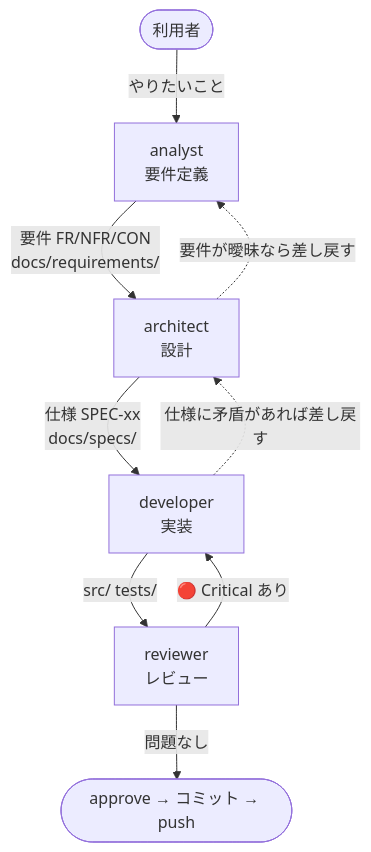
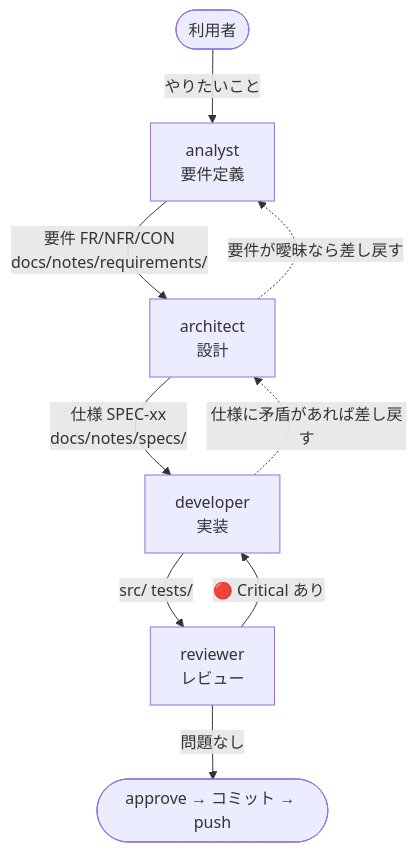
Before and after one commit to Harurow/chrome.ext.kabu-tantan: the diagram in .claude/agents/lead.md, drawn with Mermaid. The commit also changed other lines of this file and 63 other files, not shown here.

````diff
--- a/.claude/agents/lead.md
+++ b/.claude/agents/lead.md
@@ -21,19 +21,19 @@
 ```mermaid
 flowchart TD
     USER(["利用者"])
     ANALYST["analyst<br/>要件定義"]
     ARCHITECT["architect<br/>設計"]
     DEVELOPER["developer<br/>実装"]
     REVIEWER["reviewer<br/>レビュー"]
     COMMIT(["approve → コミット → push"])
 
     USER -->|"やりたいこと"| ANALYST
-    ANALYST -->|"要件 FR/NFR/CON<br/>docs/requirements/"| ARCHITECT
-    ARCHITECT -->|"仕様 SPEC-xx<br/>docs/specs/"| DEVELOPER
+    ANALYST -->|"要件 FR/NFR/CON<br/>docs/notes/requirements/"| ARCHITECT
+    ARCHITECT -->|"仕様 SPEC-xx<br/>docs/notes/specs/"| DEVELOPER
     DEVELOPER -->|"src/ tests/"| REVIEWER
     REVIEWER -->|"🔴 Critical あり"| DEVELOPER
     REVIEWER -->|"問題なし"| COMMIT
 
     ARCHITECT -.->|"要件が曖昧なら差し戻す"| ANALYST
     DEVELOPER -.->|"仕様に矛盾があれば差し戻す"| ARCHITECT
 ```
````
